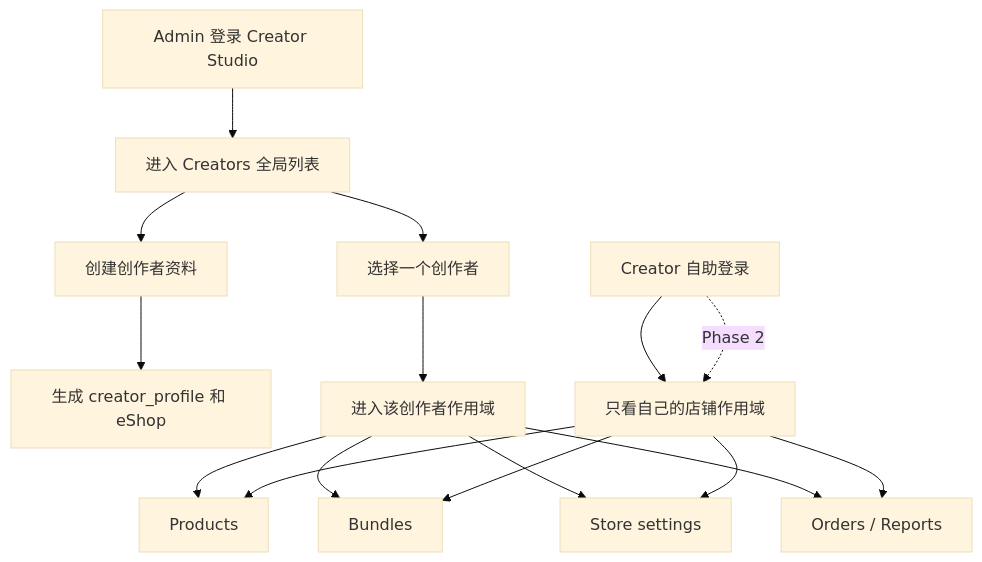
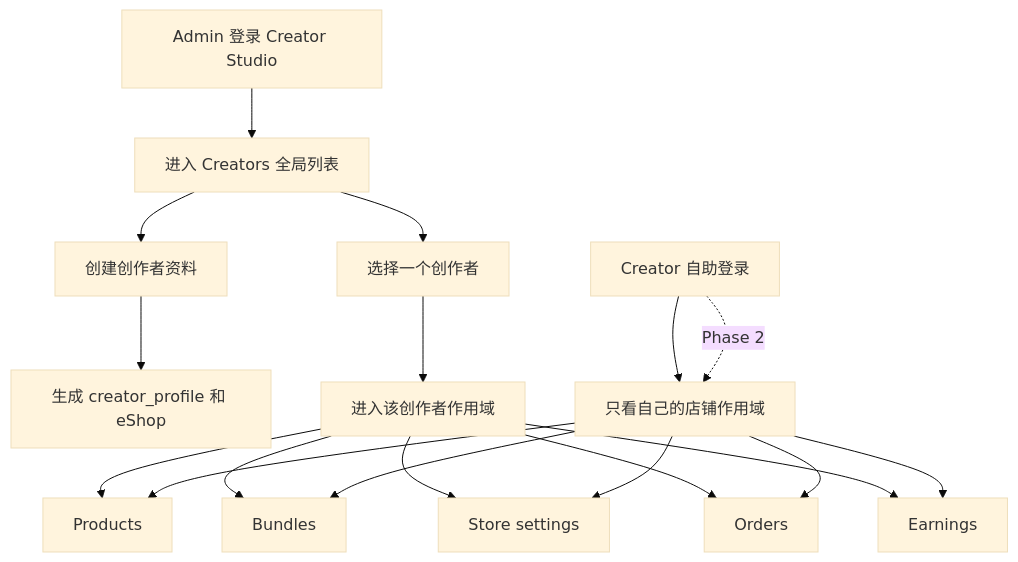
The second of 9 diagrams in ztor-eshop-business-flow.md (ztor20/Creator-Studio), drawn with Mermaid (base theme) before and after one commit. The commit also changed other lines of this file and 1 other file, not shown here.

````diff
--- a/ztor-eshop-business-flow.md
+++ b/ztor-eshop-business-flow.md
@@ -73,20 +91,22 @@
 ```mermaid
 flowchart TD
   A["Admin 登录 Creator Studio"] --> B["进入 Creators 全局列表"]
   B --> C["创建创作者资料"]
   C --> D["生成 creator_profile 和 eShop"]
   B --> E["选择一个创作者"]
   E --> F["进入该创作者作用域"]
   F --> G["Products"]
   F --> H["Bundles"]
   F --> I["Store settings"]
-  F --> J["Orders / Reports"]
+  F --> J["Orders"]
+  F --> M["Earnings"]
 
   K["Creator 自助登录"] --> L["只看自己的店铺作用域"]
   L --> G
   L --> H
   L --> I
   L --> J
+  L --> M
 
   K -. "Phase 2" .-> L
 ```
````
